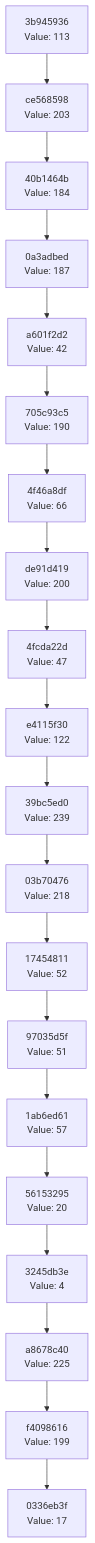
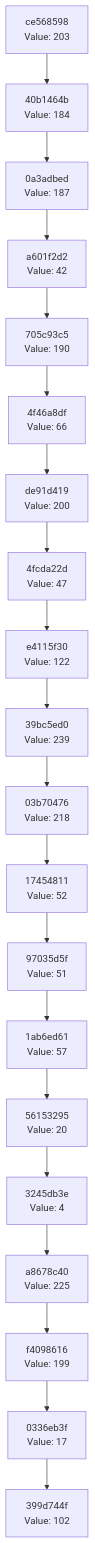
One commit to Abhisheksinha1506/hash-chain-evolver changed the diagram in docs/CHAIN_VISUALIZATION.md. Above: the diagram before and after it, drawn with Mermaid. The commit also changed 3 other files, not shown here.

````diff
--- a/docs/CHAIN_VISUALIZATION.md
+++ b/docs/CHAIN_VISUALIZATION.md
@@ -3,42 +3,42 @@
 ```mermaid
 graph TD
-    C0["0336eb3f<br/>Value: 17"]
-    C1["f4098616<br/>Value: 199"]
+    C0["399d744f<br/>Value: 102"]
+    C1["0336eb3f<br/>Value: 17"]
     C1 --> C0
-    C2["a8678c40<br/>Value: 225"]
+    C2["f4098616<br/>Value: 199"]
     C2 --> C1
-    C3["3245db3e<br/>Value: 4"]
+    C3["a8678c40<br/>Value: 225"]
     C3 --> C2
-    C4["56153295<br/>Value: 20"]
+    C4["3245db3e<br/>Value: 4"]
     C4 --> C3
-    C5["1ab6ed61<br/>Value: 57"]
+    C5["56153295<br/>Value: 20"]
     C5 --> C4
-    C6["97035d5f<br/>Value: 51"]
+    C6["1ab6ed61<br/>Value: 57"]
     C6 --> C5
-    C7["17454811<br/>Value: 52"]
+    C7["97035d5f<br/>Value: 51"]
     C7 --> C6
-    C8["03b70476<br/>Value: 218"]
+    C8["17454811<br/>Value: 52"]
     C8 --> C7
-    C9["39bc5ed0<br/>Value: 239"]
+    C9["03b70476<br/>Value: 218"]
     C9 --> C8
-    C10["e4115f30<br/>Value: 122"]
+    C10["39bc5ed0<br/>Value: 239"]
     C10 --> C9
-    C11["4fcda22d<br/>Value: 47"]
+    C11["e4115f30<br/>Value: 122"]
     C11 --> C10
-    C12["de91d419<br/>Value: 200"]
+    C12["4fcda22d<br/>Value: 47"]
     C12 --> C11
-    C13["4f46a8df<br/>Value: 66"]
+    C13["de91d419<br/>Value: 200"]
     C13 --> C12
-    C14["705c93c5<br/>Value: 190"]
+    C14["4f46a8df<br/>Value: 66"]
     C14 --> C13
-    C15["a601f2d2<br/>Value: 42"]
+    C15["705c93c5<br/>Value: 190"]
     C15 --> C14
-    C16["0a3adbed<br/>Value: 187"]
+    C16["a601f2d2<br/>Value: 42"]
     C16 --> C15
-    C17["40b1464b<br/>Value: 184"]
+    C17["0a3adbed<br/>Value: 187"]
     C17 --> C16
-    C18["ce568598<br/>Value: 203"]
+    C18["40b1464b<br/>Value: 184"]
     C18 --> C17
-    C19["3b945936<br/>Value: 113"]
+    C19["ce568598<br/>Value: 203"]
     C19 --> C18
 ```
````
